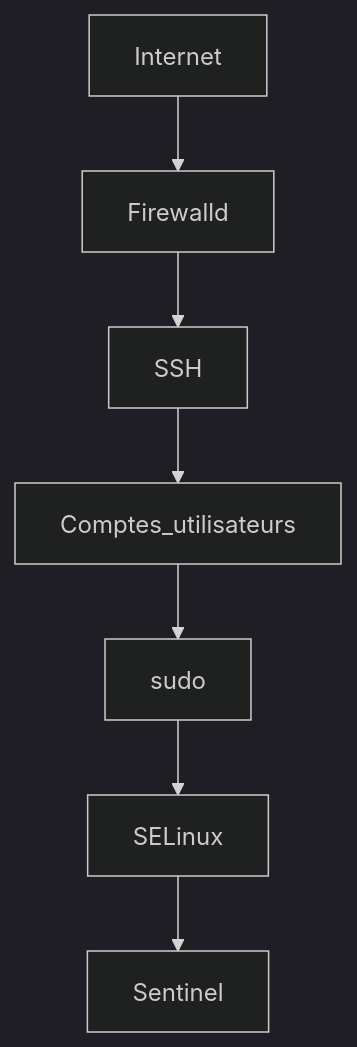
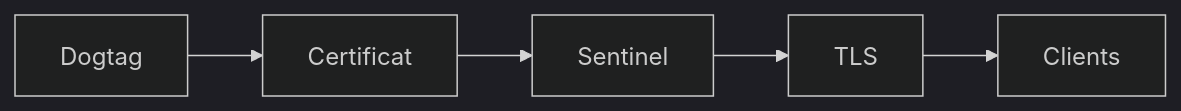
One commit to tdelaclos/formations changed the eighth of 13 diagrams in campagne 8/8.9.md. Above: the diagram before and after it, drawn with Mermaid (dark theme). The commit also changed other lines of this file, not shown here.

First line of the commit message:
Revise document for Sentinel and FreeIPA integration

````diff
--- a/campagne 8/8.9.md
+++ b/campagne 8/8.9.md
@@ -172,10 +455,11 @@
 ```mermaid
-flowchart TD
+flowchart LR
 
-Internet --> Firewalld
-Firewalld --> SSH
-SSH --> Comptes_utilisateurs
-Comptes_utilisateurs --> sudo
-sudo --> SELinux
-SELinux --> Sentinel
+    Dogtag --> Certificat
+
+    Certificat --> Sentinel
+
+    Sentinel --> TLS
+
+    TLS --> Clients
 ```
````
